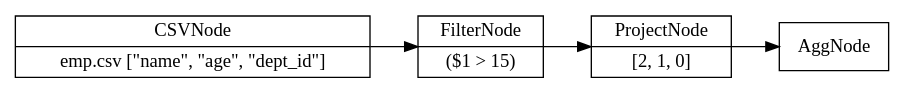
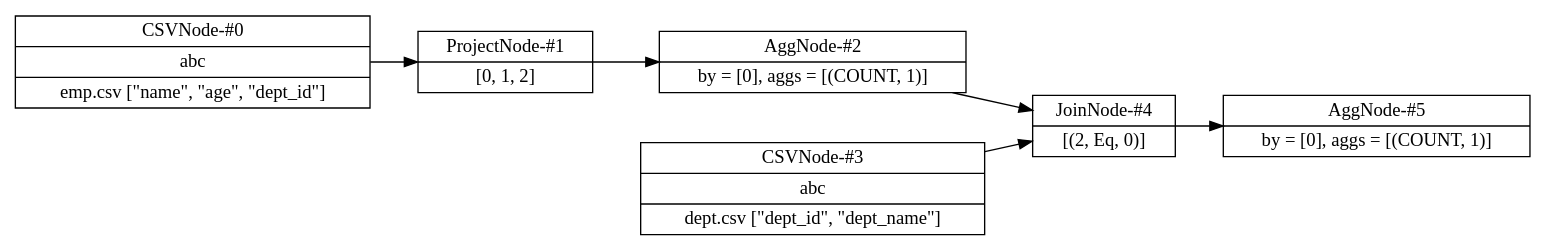
One commit to adarshpannu/kona changed the diagram in src/data/flow.dot. Above: the diagram before and after it, drawn with Graphviz. The commit also changed 3 other files, not shown here.

```diff
--- a/src/data/flow.dot
+++ b/src/data/flow.dot
@@ -1,13 +1,17 @@
 digraph example1 {
     node [shape=record];
     rankdir=LR;
     splines=polyline;
     nodesep=0.5;
-    Node0[label="CSVNode|emp.csv [\"name\", \"age\", \"dept_id\"]"];
-    Node1[label="FilterNode|($1 &gt; 15)"];
+    Node0[label="CSVNode-#0|abc|emp.csv [\"name\", \"age\", \"dept_id\"]"];
+    Node1[label="ProjectNode-#1|[0, 1, 2]"];
     Node0 -> Node1;
-    Node2[label="ProjectNode|[2, 1, 0]"];
+    Node2[label="AggNode-#2|by = [0], aggs = [(COUNT, 1)]"];
     Node1 -> Node2;
-    Node3[label="AggNode"];
-    Node2 -> Node3;
+    Node3[label="CSVNode-#3|abc|dept.csv [\"dept_id\", \"dept_name\"]"];
+    Node4[label="JoinNode-#4|[(2, Eq, 0)]"];
+    Node3 -> Node4;
+    Node2 -> Node4;
+    Node5[label="AggNode-#5|by = [0], aggs = [(COUNT, 1)]"];
+    Node4 -> Node5;
 }
```
